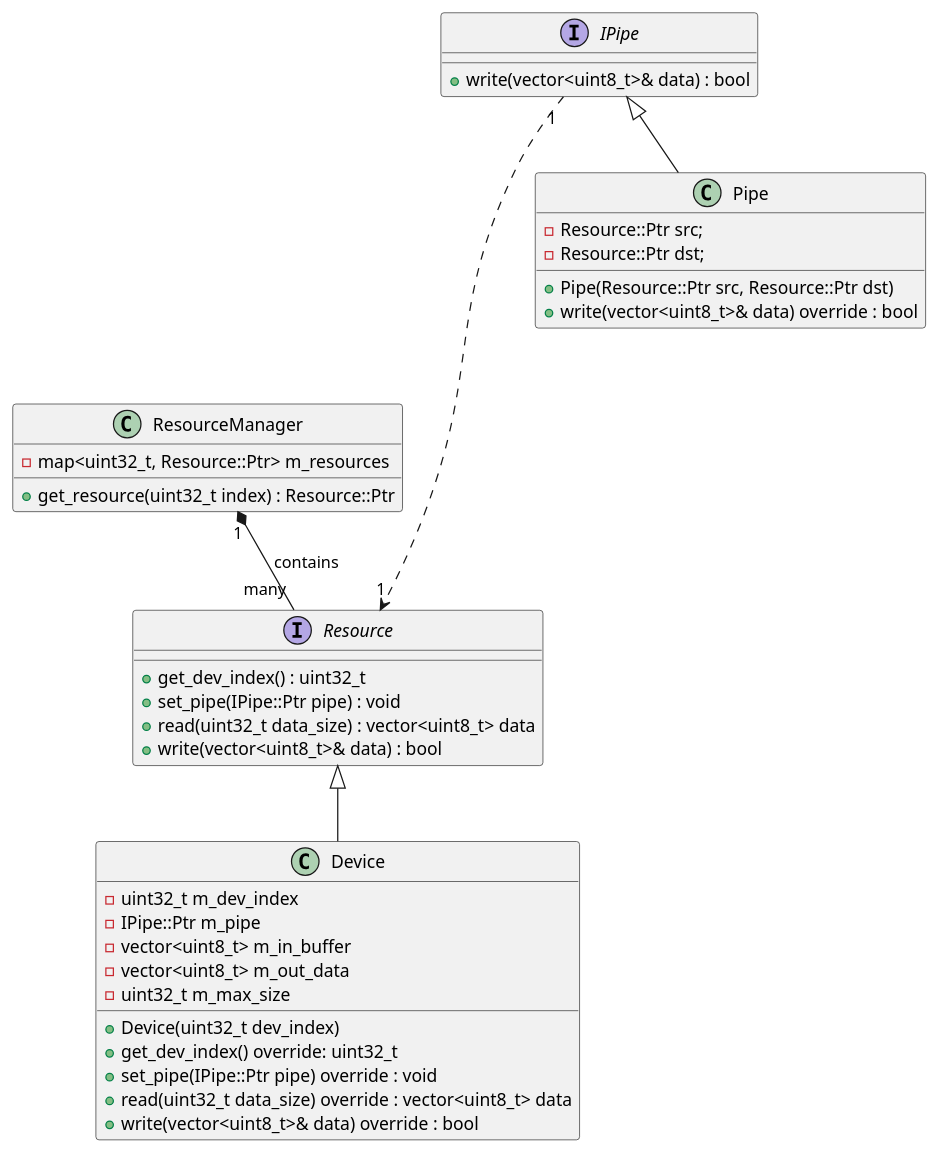
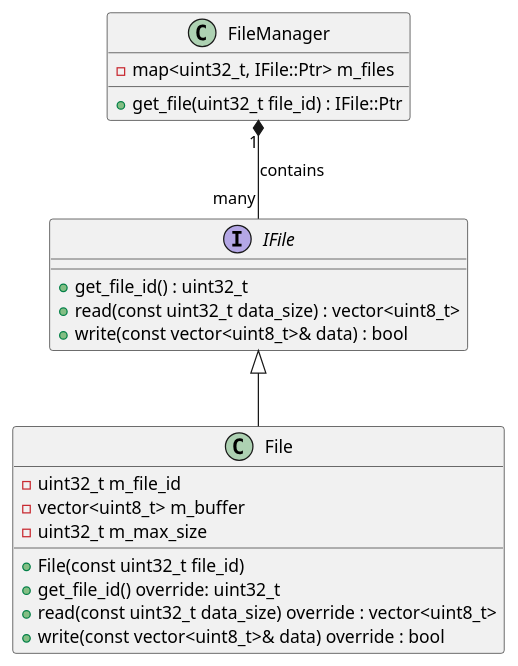
Before and after one commit to ahmedelkamel/FileManager: the diagram in design/class_diagram.plantuml, drawn with PlantUML. The commit also changed 18 other files, not shown here.

```diff
--- a/design/class_diagram.plantuml
+++ b/design/class_diagram.plantuml
@@ -1,56 +1,33 @@
 @startuml
 
-Resource <|-- Device
-ResourceManager "1" *-- "many" Resource : contains
+IFile <|-- File
+FileManager "1" *-- "many" IFile : contains
 
-' Connect the output of one resource to the input of another
-' Similar to Pipe in Linux
-' Pipe is based on mediator design pattern
-IPipe <|-- Pipe
-IPipe "1" --[Dashed]--> "1" Resource
-
-class ResourceManager{
-    -map<uint32_t, Resource::Ptr> m_resources
-    +get_resource(uint32_t index) : Resource::Ptr
+class FileManager{
+    -map<uint32_t, IFile::Ptr> m_files
+    +get_file(uint32_t file_id) : IFile::Ptr
 }
 
-interface Resource {
-    +get_dev_index() : uint32_t
-    +set_pipe(IPipe::Ptr pipe) : void 
-    +read(uint32_t data_size) : vector<uint8_t> data
-    +write(vector<uint8_t>& data) : bool
+interface IFile {
+    +get_file_id() : uint32_t
+    +read(const uint32_t data_size) : vector<uint8_t>
+    +write(const vector<uint8_t>& data) : bool
 }
 
-class Device {
-    -uint32_t m_dev_index
-    -IPipe::Ptr m_pipe
-    -vector<uint8_t> m_in_buffer
-    -vector<uint8_t> m_out_data
+class File {
+    -uint32_t m_file_id
+    -vector<uint8_t> m_buffer
     -uint32_t m_max_size
-    +Device(uint32_t dev_index)
-    +get_dev_index() override: uint32_t
-    +set_pipe(IPipe::Ptr pipe) override : void 
-    +read(uint32_t data_size) override : vector<uint8_t> data
+    +File(const uint32_t file_id)
+    +get_file_id() override: uint32_t
+    +read(const uint32_t data_size) override : vector<uint8_t>
+    '   data = /* read from m_in_buffer */
     ' Log read data
-    '   read from m_in_buffer
-    +write(vector<uint8_t>& data) override : bool
+    ' return data
+    +write(const vector<uint8_t>& data) override : bool
     ' Log written data
-    ' if(m_pipe)
-    '   m_pipe->write(data)
-    ' else
-    '   write to m_out_buffer
+    '   rv = /* write to m_out_buffer */
+    ' return rv;
 }
 
-interface IPipe {
-    +write(vector<uint8_t>& data) : bool
-}
-
-class Pipe {
-    -Resource::Ptr src;
-    -Resource::Ptr dst;
-    +Pipe(Resource::Ptr src, Resource::Ptr dst)
-    ' src->set_pipe(this);
-    +write(vector<uint8_t>& data) override : bool
-    ' r2->write_data(data)
-}
 @enduml
```
